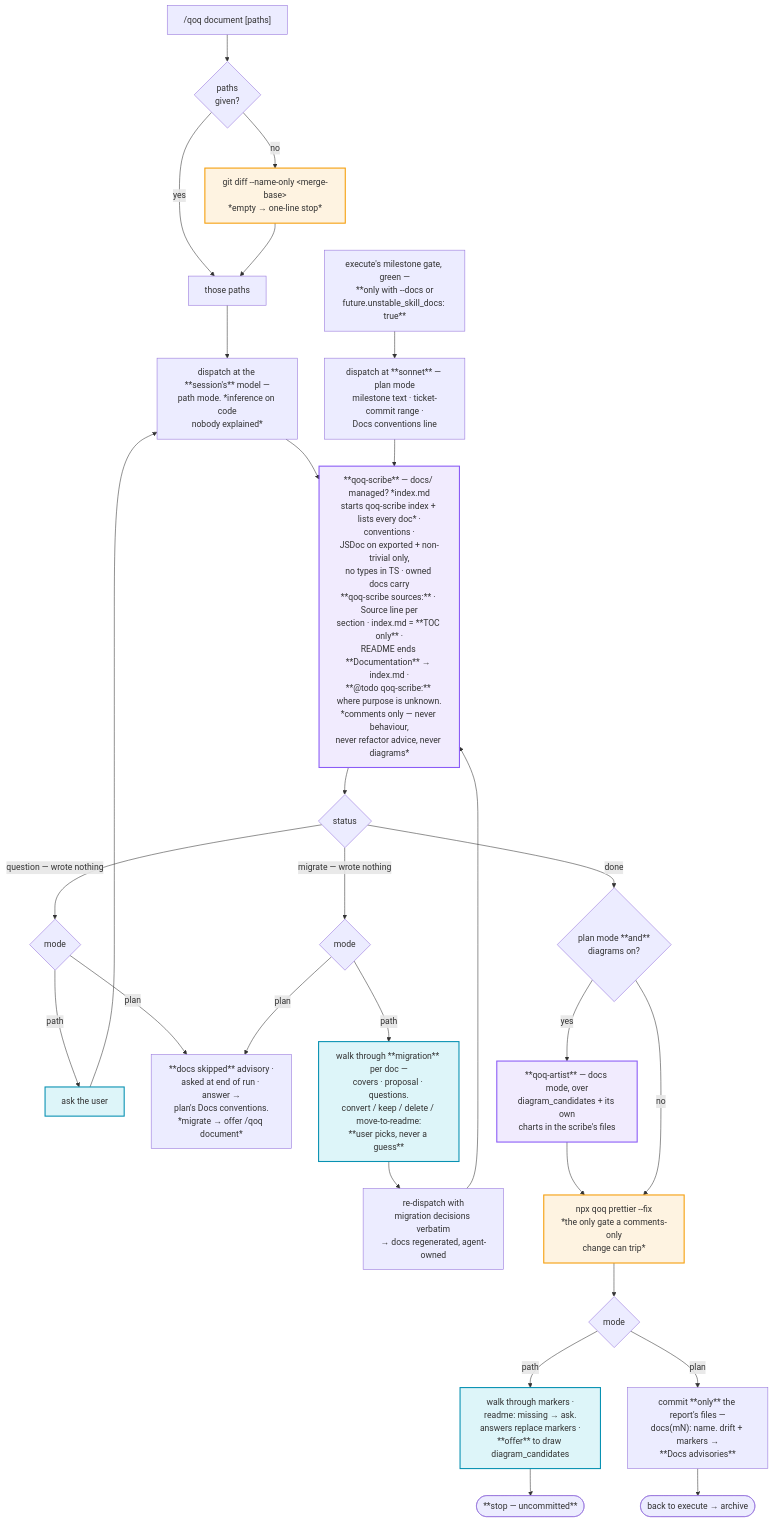
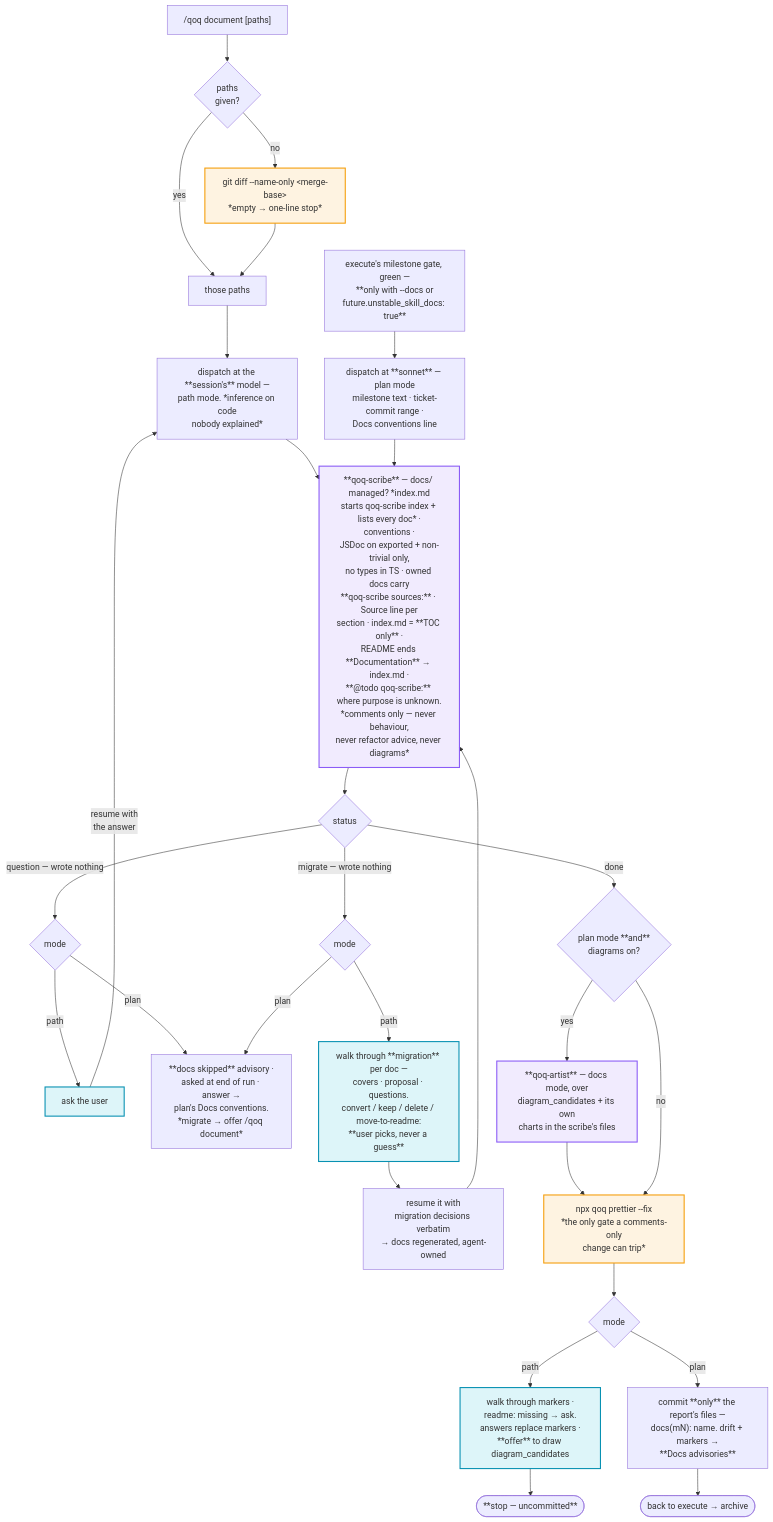
Before and after one commit to ladamczyk-it/qoq: diagram 11 of 14 in docs/qoq-workflows.md, drawn with Mermaid. The commit also changed other lines of this file and 7 other files, not shown here.

````diff
--- a/docs/qoq-workflows.md
+++ b/docs/qoq-workflows.md
@@ -705,39 +706,39 @@
 ```mermaid
 flowchart TD
     DQ["/qoq document [paths]"] --> DSCOPE{"paths<br/>given?"}
     DSCOPE -->|yes| DLIST["those paths"]
     DSCOPE -->|no| DDEF["git diff --name-only &lt;merge-base&gt;<br/>*empty → one-line stop*"]
     DDEF --> DLIST
     DLIST --> DDISP
 
     DEXEC["execute's milestone gate, green —<br/>**only with --docs or<br/>future.unstable_skill_docs: true**"] --> DDISPP["dispatch at **sonnet** — plan mode<br/>milestone text · ticket-commit range ·<br/>Docs conventions line"]
 
     DDISP["dispatch at the **session's** model —<br/>path mode. *inference on code<br/>nobody explained*"] --> DSCRIBE
     DDISPP --> DSCRIBE
 
     DSCRIBE["**qoq-scribe** — docs/ managed? *index.md<br/>starts qoq-scribe index + lists every doc* ·<br/>conventions ·<br/>JSDoc on exported + non-trivial only,<br/>no types in TS · owned docs carry<br/>**qoq-scribe sources:** · Source line per<br/>section · index.md = **TOC only** ·<br/>README ends **Documentation** → index.md ·<br/>**@todo qoq-scribe:** where purpose is unknown.<br/>*comments only — never behaviour,<br/>never refactor advice, never diagrams*"]
     DSCRIBE --> DQS{"status"}
 
     DQS -->|"question — wrote nothing"| DMODE{"mode"}
-    DMODE -->|path| DASK["ask the user"] --> DDISP
+    DMODE -->|path| DASK["ask the user"] -->|"resume with<br/>the answer"| DDISP
     DMODE -->|plan| DSKIP["**docs skipped** advisory ·<br/>asked at end of run · answer →<br/>plan's Docs conventions.<br/>*migrate → offer /qoq document*"]
 
     DQS -->|"migrate — wrote nothing"| DMMODE{"mode"}
-    DMMODE -->|path| DMIG["walk through **migration** per doc —<br/>covers · proposal · questions.<br/>convert / keep / delete / move-to-readme:<br/>**user picks, never a guess**"] --> DDISPM["re-dispatch with<br/>migration decisions verbatim<br/>→ docs regenerated, agent-owned"] --> DSCRIBE
+    DMMODE -->|path| DMIG["walk through **migration** per doc —<br/>covers · proposal · questions.<br/>convert / keep / delete / move-to-readme:<br/>**user picks, never a guess**"] --> DDISPM["resume it with<br/>migration decisions verbatim<br/>→ docs regenerated, agent-owned"] --> DSCRIBE
     DMMODE -->|plan| DSKIP
 
     DQS -->|done| DARTQ{"plan mode **and**<br/>diagrams on?"}
     DARTQ -->|yes| DART["**qoq-artist** — docs mode, over<br/>diagram_candidates + its own<br/>charts in the scribe's files"] --> DFMT
     DARTQ -->|no| DFMT["npx qoq prettier --fix<br/>*the only gate a comments-only<br/>change can trip*"]
     DFMT --> DMODE2{"mode"}
     DMODE2 -->|path| DWALK["walk through markers ·<br/>readme: missing → ask.<br/>answers replace markers ·<br/>**offer** to draw diagram_candidates"] --> DSTOP(["**stop — uncommitted**"])
     DMODE2 -->|plan| DCOMMIT["commit **only** the report's files —<br/>docs(mN): name. drift + markers →<br/>**Docs advisories**"] --> DARCH(["back to execute → archive"])
 
     classDef agent fill:#8b5cf61f,stroke:#8b5cf6,stroke-width:2px
     classDef user fill:#06b6d422,stroke:#0891b2,stroke-width:2px
     classDef note fill:#f59e0b1f,stroke:#f59e0b,stroke-width:2px
 
     class DSCRIBE,DART agent
     class DASK,DWALK,DMIG user
     class DFMT,DDEF note
 ```
````
